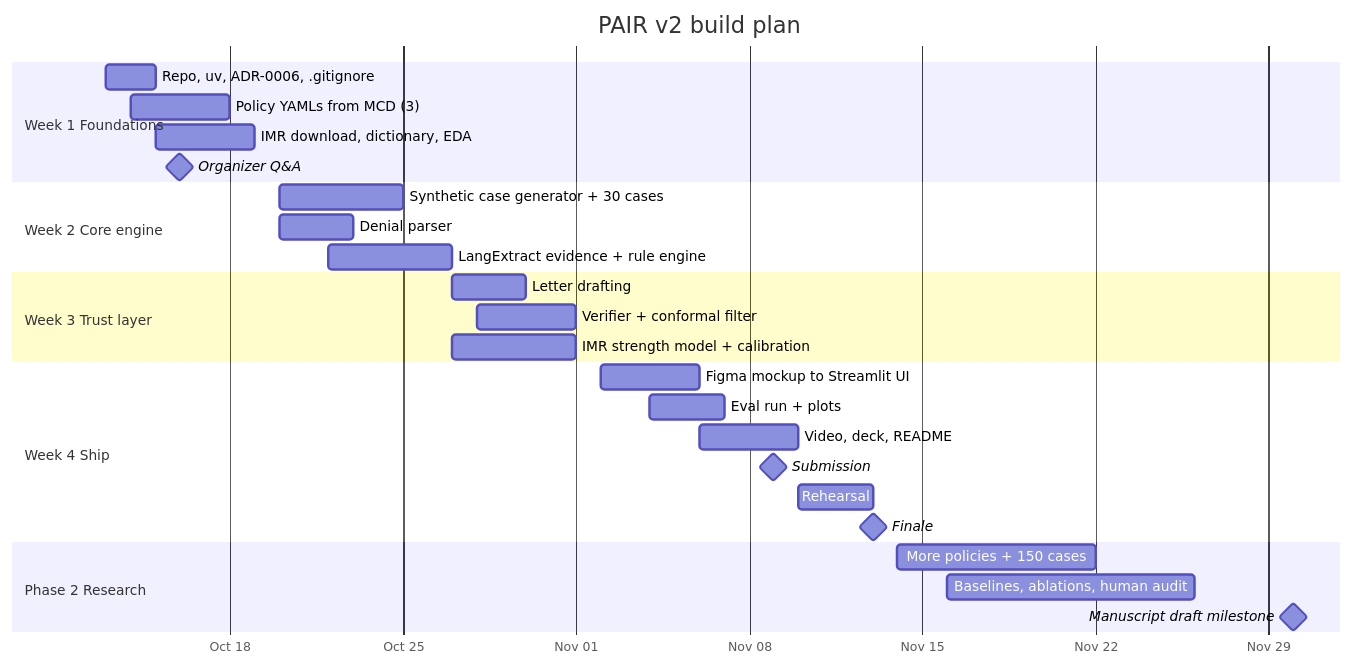
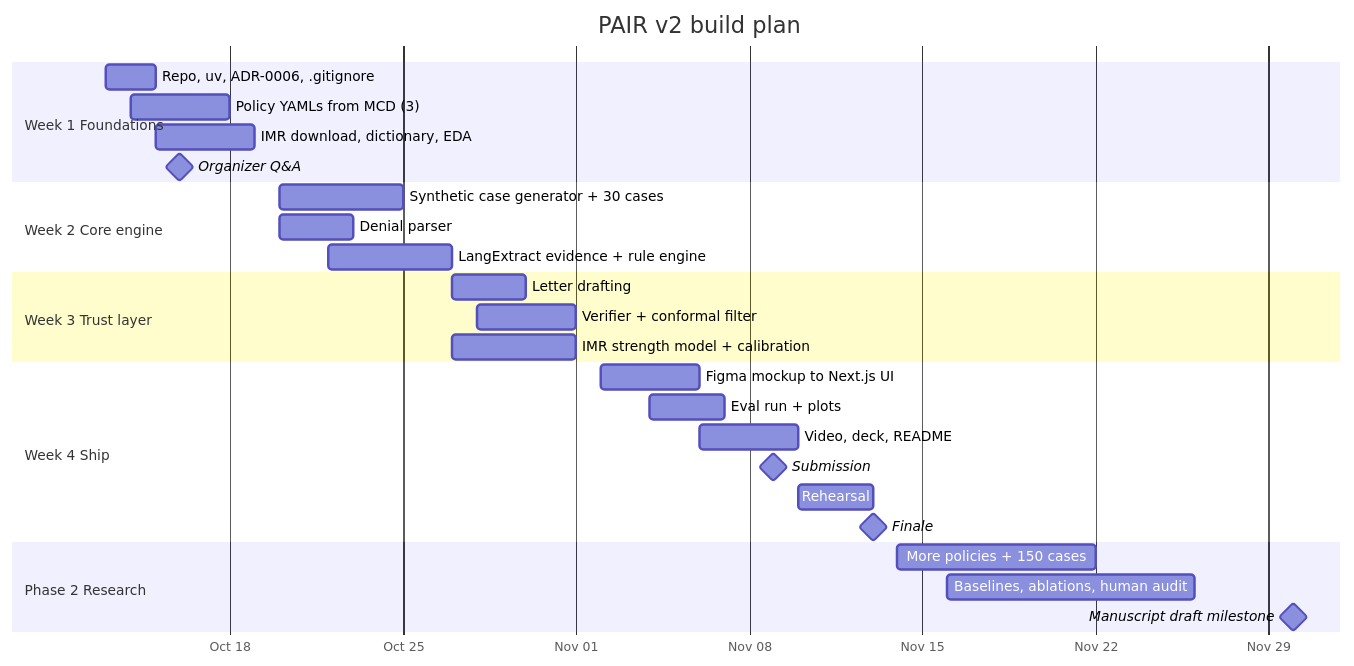
Before and after one commit to reddy-nithin/PAIR-Prior-Authorization-Intelligence-Reasoning: the third of 3 diagrams in docs/PAIR-v2-requirements.md, drawn with Mermaid. The commit also changed other lines of this file and 4 other files, not shown here.

````diff
--- a/docs/PAIR-v2-requirements.md
+++ b/docs/PAIR-v2-requirements.md
@@ -445,30 +447,30 @@
 ```mermaid
 gantt
     title PAIR v2 build plan
     dateFormat YYYY-MM-DD
     axisFormat %b %d
     section Week 1 Foundations
     Repo, uv, ADR-0006, .gitignore         :w1a, 2026-10-13, 2d
     Policy YAMLs from MCD (3)              :w1b, 2026-10-14, 4d
     IMR download, dictionary, EDA          :w1c, 2026-10-15, 4d
     Organizer Q&A                          :milestone, 2026-10-16, 0d
     section Week 2 Core engine
     Synthetic case generator + 30 cases    :w2a, 2026-10-20, 5d
     Denial parser                          :w2b, 2026-10-20, 3d
     LangExtract evidence + rule engine     :w2c, 2026-10-22, 5d
     section Week 3 Trust layer
     Letter drafting                        :w3a, 2026-10-27, 3d
     Verifier + conformal filter            :w3b, 2026-10-28, 4d
     IMR strength model + calibration       :w3c, 2026-10-27, 5d
     section Week 4 Ship
-    Figma mockup to Streamlit UI           :w4a, 2026-11-02, 4d
+    Figma mockup to Next.js UI           :w4a, 2026-11-02, 4d
     Eval run + plots                       :w4b, 2026-11-04, 3d
     Video, deck, README                    :w4c, 2026-11-06, 4d
     Submission                             :milestone, 2026-11-09, 0d
     Rehearsal                              :w5, 2026-11-10, 3d
     Finale                                 :milestone, 2026-11-13, 0d
     section Phase 2 Research
     More policies + 150 cases              :p2a, 2026-11-14, 8d
     Baselines, ablations, human audit      :p2b, 2026-11-16, 10d
     Manuscript draft milestone             :milestone, 2026-11-30, 0d
 ```
````
